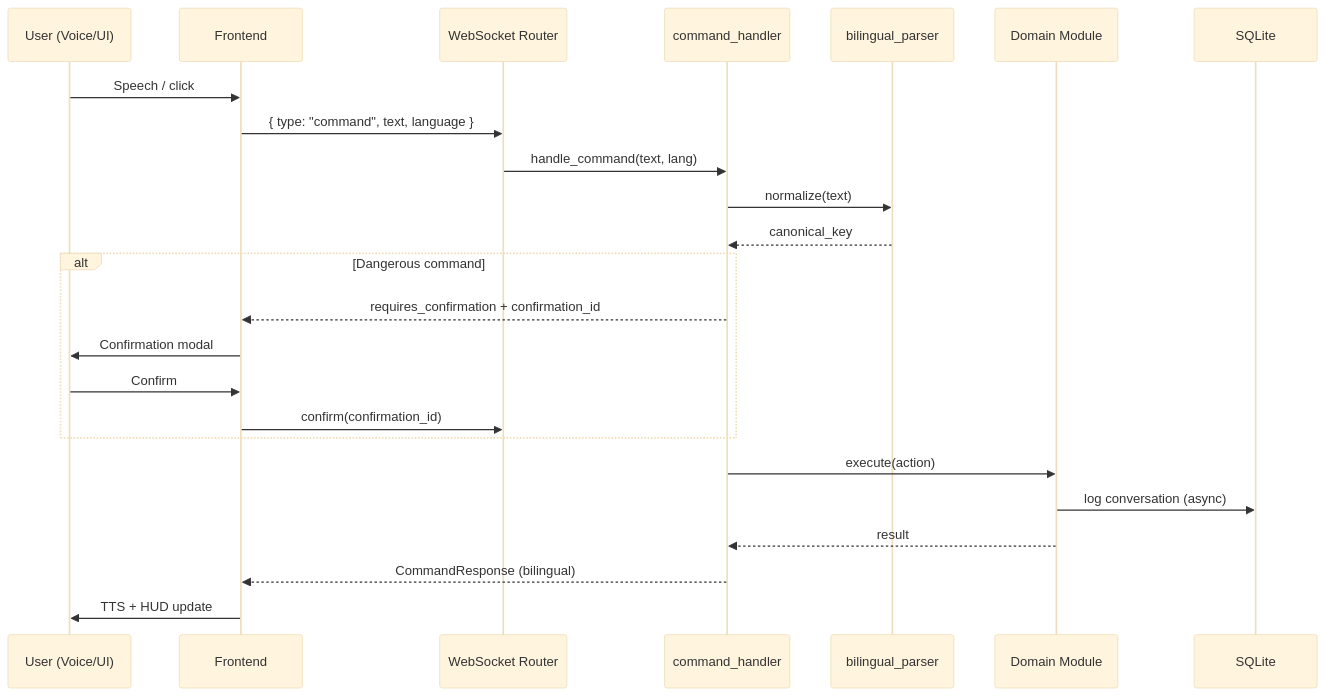
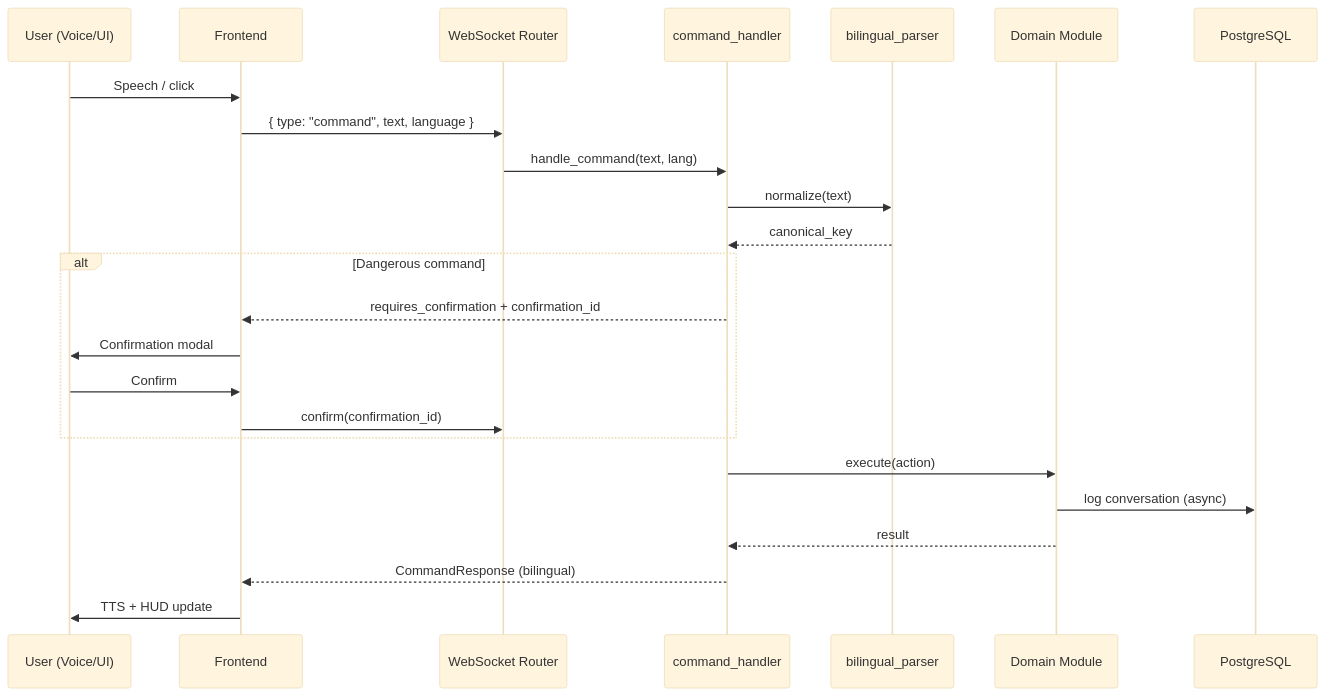
Before and after one commit to VIPHACKER100/jarvis-bilingual-adv-ai-assistant: the second of 3 diagrams in TDS.md, drawn with Mermaid (base theme). The commit also changed other lines of this file and 16 other files, not shown here.

````diff
--- a/TDS.md
+++ b/TDS.md
@@ -227,27 +228,27 @@
 ```mermaid
 sequenceDiagram
     participant U as User (Voice/UI)
     participant FE as Frontend
     participant WS as WebSocket Router
     participant CH as command_handler
     participant BP as bilingual_parser
     participant MOD as Domain Module
-    participant DB as SQLite
+    participant DB as PostgreSQL
 
     U->>FE: Speech / click
     FE->>WS: { type: "command", text, language }
     WS->>CH: handle_command(text, lang)
     CH->>BP: normalize(text)
     BP-->>CH: canonical_key
     alt Dangerous command
         CH-->>FE: requires_confirmation + confirmation_id
         FE->>U: Confirmation modal
         U->>FE: Confirm
         FE->>WS: confirm(confirmation_id)
     end
     CH->>MOD: execute(action)
     MOD->>DB: log conversation (async)
     MOD-->>CH: result
     CH-->>FE: CommandResponse (bilingual)
     FE->>U: TTS + HUD update
 ```
````
